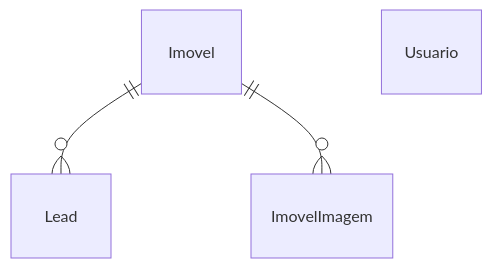
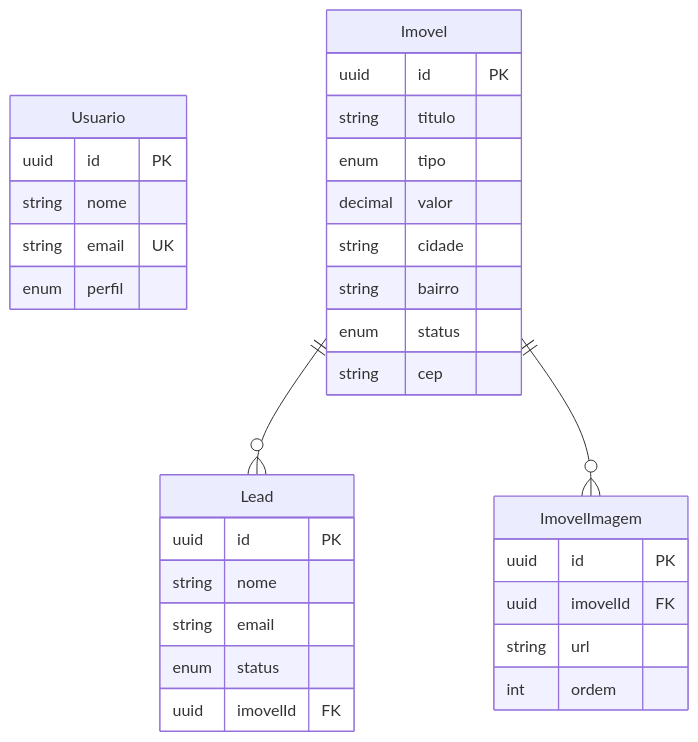
Before and after one commit to guilhermemarch/si_backend: the second of 2 diagrams in README.md, drawn with Mermaid. The commit also changed other lines of this file, not shown here.

Commit message:
docs: diagrama ER completo do banco de dados
Documentar entidades, campos principais e relacoes conforme schema Prisma.

````diff
--- a/README.md
+++ b/README.md
@@ -48,6 +48,34 @@
 ```mermaid
 erDiagram
+  Usuario {
+    uuid id PK
+    string nome
+    string email UK
+    enum perfil
+  }
+  Imovel {
+    uuid id PK
+    string titulo
+    enum tipo
+    decimal valor
+    string cidade
+    string bairro
+    enum status
+    string cep
+  }
+  Lead {
+    uuid id PK
+    string nome
+    string email
+    enum status
+    uuid imovelId FK
+  }
+  ImovelImagem {
+    uuid id PK
+    uuid imovelId FK
+    string url
+    int ordem
+  }
   Imovel ||--o{ Lead : ""
   Imovel ||--o{ ImovelImagem : ""
-  Usuario
 ```
````
